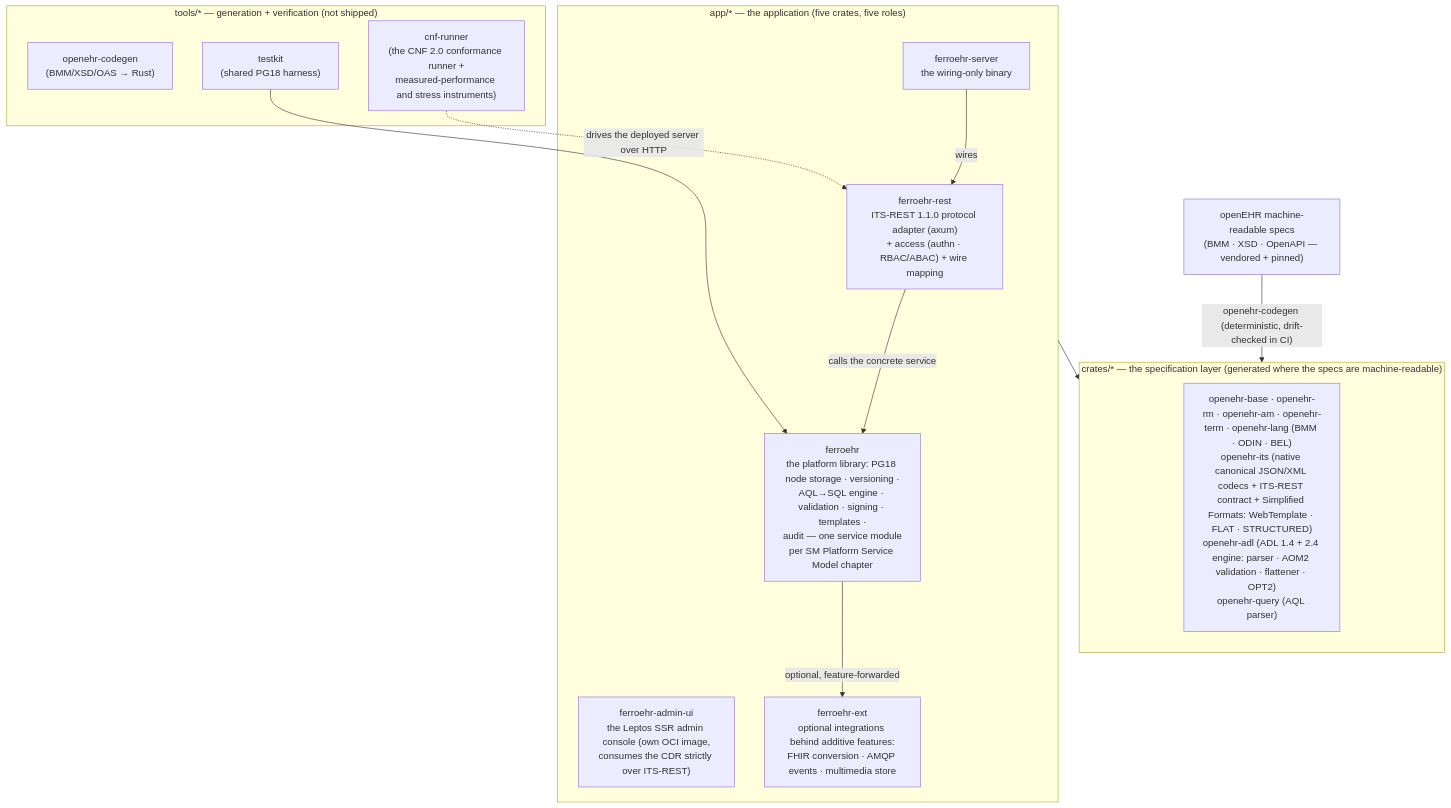
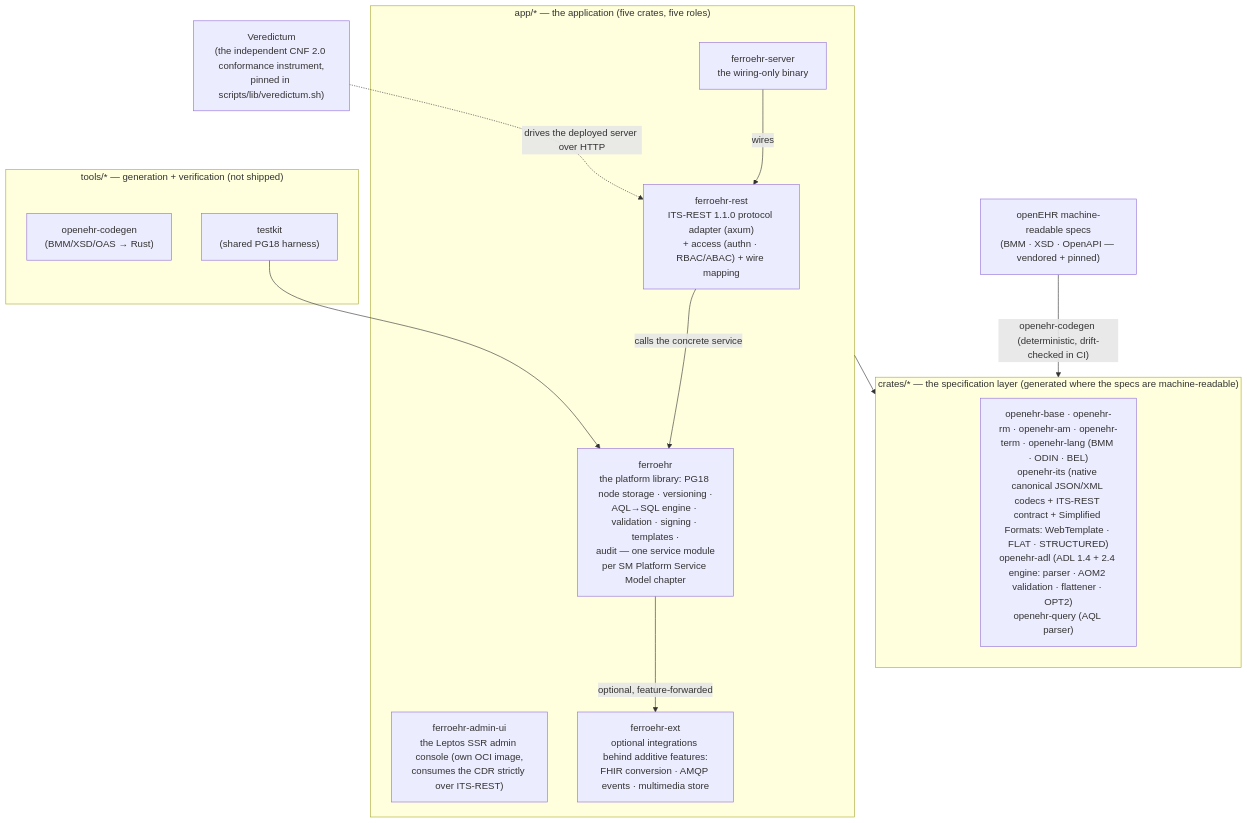
Before and after one commit to rubentalstra/FerroEHR: the diagram in README.md, drawn with Mermaid. The commit also changed other lines of this file and 4917 other files, not shown here.

First line of the commit message:
chore(conformance): FerroEHR drops tools/cnf-runner — the pipeline pins the published veredictum CLI (#2814)

````diff
--- a/README.md
+++ b/README.md
@@ -370,30 +371,31 @@
 ```mermaid
 flowchart TB
     specs["openEHR machine-readable specs<br/>(BMM · XSD · OpenAPI — vendored + pinned)"]
 
     subgraph crates ["crates/* — the specification layer (generated where the specs are machine-readable)"]
         openehr["openehr-base · openehr-rm · openehr-am · openehr-term · openehr-lang (BMM · ODIN · BEL)<br/>openehr-its (native canonical JSON/XML codecs + ITS-REST contract + Simplified Formats: WebTemplate · FLAT · STRUCTURED)<br/>openehr-adl (ADL 1.4 + 2.4 engine: parser · AOM2 validation · flattener · OPT2)<br/>openehr-query (AQL parser)"]
     end
 
     subgraph app ["app/* — the application (five crates, five roles)"]
         rest["ferroehr-rest<br/>ITS-REST 1.1.0 protocol adapter (axum)<br/>+ access (authn · RBAC/ABAC) + wire mapping"]
         core["ferroehr<br/>the platform library: PG18 node storage · versioning ·<br/>AQL→SQL engine · validation · signing · templates ·<br/>audit — one service module<br/>per SM Platform Service Model chapter"]
         bin["ferroehr-server<br/>the wiring-only binary"]
         adminui["ferroehr-admin-ui<br/>the Leptos SSR admin console (own OCI image,<br/>consumes the CDR strictly over ITS-REST)"]
         ext["ferroehr-ext<br/>optional integrations behind additive features:<br/>FHIR conversion · AMQP events · multimedia store"]
     end
 
     subgraph tools ["tools/* — generation + verification (not shipped)"]
         codegen["openehr-codegen<br/>(BMM/XSD/OAS → Rust)"]
-        conf["cnf-runner<br/>(the CNF 2.0 conformance runner +<br/>measured-performance and stress instruments)"]
         testkit["testkit<br/>(shared PG18 harness)"]
     end
+
+    conf["Veredictum<br/>(the independent CNF 2.0 conformance instrument,<br/>pinned in scripts/lib/veredictum.sh)"]
 
     specs -- "openehr-codegen (deterministic, drift-checked in CI)" --> crates
     bin -- "wires" --> rest
     rest -- "calls the concrete service" --> core
     core -- "optional, feature-forwarded" --> ext
     app --> crates
     conf -. "drives the deployed server over HTTP" .-> rest
     testkit --> core
 ```
````
